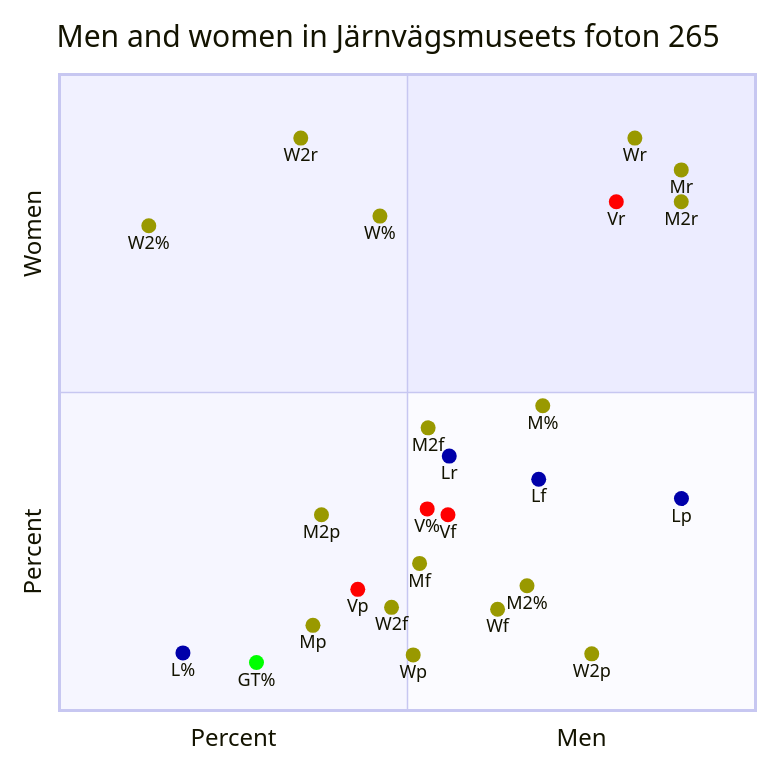
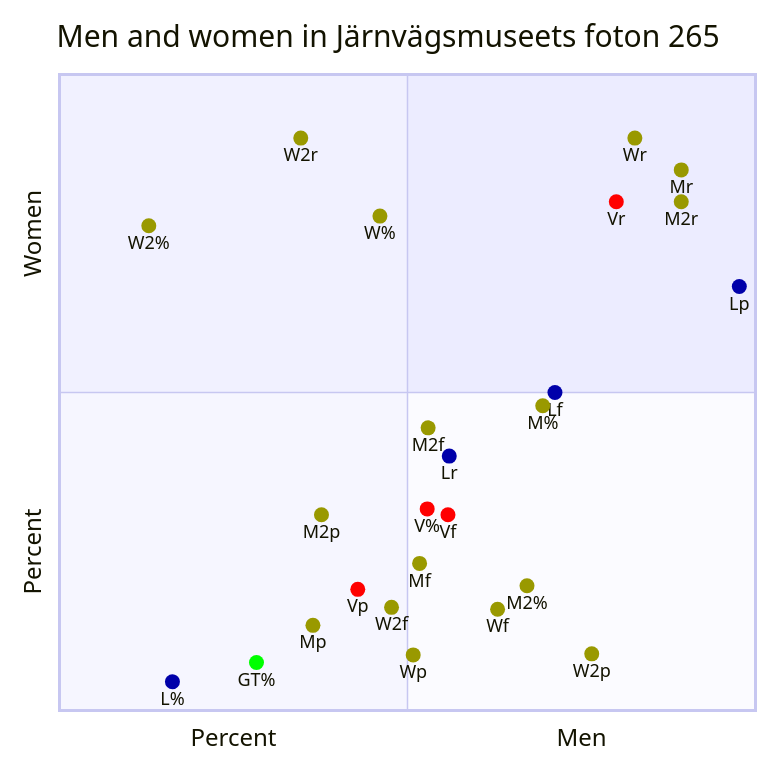
The second of 11 diagrams in browser/scatter.md (Modern36/tropes_1500), drawn with Mermaid before and after one commit. The commit also changed other lines of this file and 318 other files, not shown here.

````diff
--- a/browser/scatter.md
+++ b/browser/scatter.md
@@ -51,32 +51,32 @@
 ```mermaid
 quadrantChart
     title Men and women in Järnvägsmuseets foton 265
     x-axis Percent --> Men
     y-axis Percent --> Women
     M%: [0.6943396226415094, 0.47924528301886793] color: #999900
     M2%: [0.6716981132075471, 0.19622641509433963] color: #999900
     W%: [0.46037735849056605, 0.7773584905660378] color: #999900
     W2%: [0.12830188679245283, 0.7622641509433963] color: #999900
     GT%: [0.2830188679245283, 0.07547169811320754] color: #00FF00
     V%: [0.5283018867924528, 0.3169811320754717] color: #FF0000
-    L%: [0.17735849056603772, 0.09056603773584905] color: #0000AA
-    Lf: [0.6885245901639345, 0.3636363636363636]  color: #0000AA
-    Lp: [0.8936170212765957, 0.3333333333333333]  color: #0000AA
+    L%: [0.16226415094339622, 0.045283018867924525] color: #0000AA
+    Lf: [0.711864406779661, 0.5]  color: #0000AA
+    Lp: [0.9767441860465116, 0.6666666666666666]  color: #0000AA
     Lr: [0.56, 0.4]  color: #0000AA
     Vf: [0.5581395348837209, 0.3076923076923077]  color: #FF0000
     Vp: [0.42857142857142855, 0.19047619047619047]  color: #FF0000
     Vr: [0.8, 0.8]  color: #FF0000
-    W2f: [0.4770642201834862, 0.16216216216216217]  color: #999900
+    W2f: [0.47706422018348627, 0.16216216216216217]  color: #999900
     W2p: [0.7647058823529411, 0.0891089108910891]  color: #999900
     W2r: [0.3466666666666667, 0.9]  color: #999900
-    Wf: [0.6294416243654822, 0.15929203539823011]  color: #999900
+    Wf: [0.6294416243654822, 0.1592920353982301]  color: #999900
     Wp: [0.5081967213114754, 0.08737864077669903]  color: #999900
     Wr: [0.8266666666666667, 0.9]  color: #999900
-    M2f: [0.5296442687747035, 0.4444444444444444]  color: #999900
+    M2f: [0.5296442687747036, 0.4444444444444444]  color: #999900
     M2p: [0.37640449438202245, 0.3076923076923077]  color: #999900
     M2r: [0.8933333333333333, 0.8]  color: #999900
-    Mf: [0.5173745173745175, 0.23129251700680276]  color: #999900
+    Mf: [0.5173745173745173, 0.23129251700680273]  color: #999900
     Mp: [0.3641304347826087, 0.13385826771653545]  color: #999900
     Mr: [0.8933333333333333, 0.85]  color: #999900
 
 ```
````
